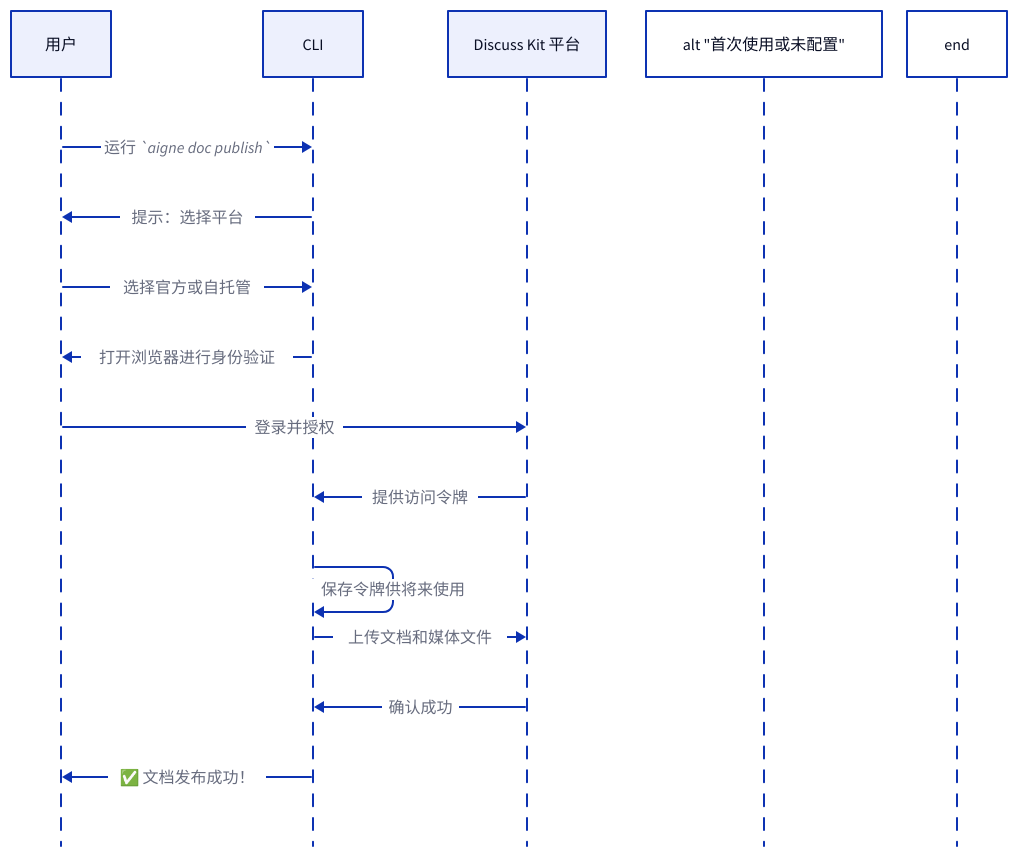
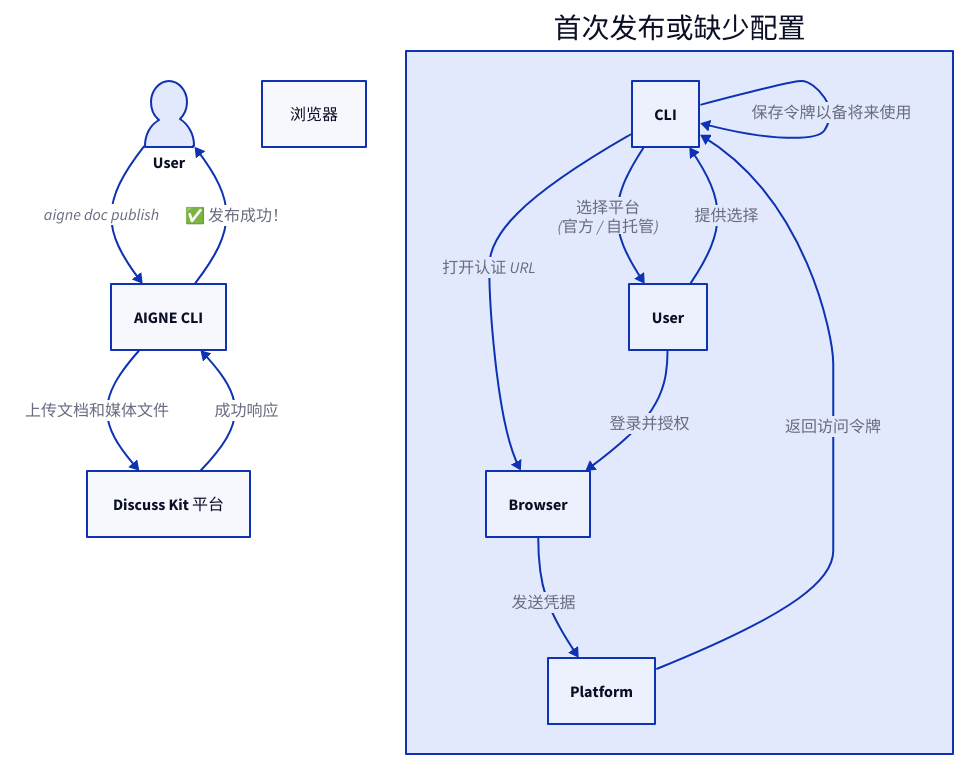
Before and after one commit to AIGNE-io/aigne-doc-smith: the diagram in docs/features-publish-your-docs.zh.md, drawn with D2. The commit also changed other lines of this file and 35 other files, not shown here.

````diff
--- a/docs/features-publish-your-docs.zh.md
+++ b/docs/features-publish-your-docs.zh.md
@@ -15,20 +15,24 @@
 ```d2
-shape: sequence_diagram
+direction: down
 
-用户; CLI; "Discuss Kit 平台"
+User: { shape: person }
+CLI: { label: "AIGNE CLI" }
+Browser: { label: "浏览器" }
+Platform: { label: "Discuss Kit 平台" }
 
-用户 -> CLI: 运行 `aigne doc publish`
+User -> CLI: aigne doc publish
 
-alt "首次使用或未配置"
-  CLI -> 用户: "提示：选择平台"
-  用户 -> CLI: "选择官方或自托管"
-  CLI -> 用户: "打开浏览器进行身份验证"
-  用户 -> "Discuss Kit 平台": "登录并授权"
-  "Discuss Kit 平台" -> CLI: "提供访问令牌"
-  CLI -> CLI: "保存令牌供将来使用"
-end
+alt: "首次发布或缺少配置" {
+  CLI -> User: "选择平台\n(官方 / 自托管)"
+  User -> CLI: "提供选择"
+  CLI -> Browser: "打开认证 URL"
+  User -> Browser: "登录并授权"
+  Browser -> Platform: "发送凭据"
+  Platform -> CLI: "返回访问令牌"
+  CLI -> CLI: "保存令牌以备将来使用"
+}
 
-CLI -> "Discuss Kit 平台": "上传文档和媒体文件"
-"Discuss Kit 平台" -> CLI: "确认成功"
-CLI -> 用户: "✅ 文档发布成功！"
+CLI -> Platform: "上传文档和媒体文件"
+Platform -> CLI: "成功响应"
+CLI -> User: "✅ 发布成功！"
 ```
````
